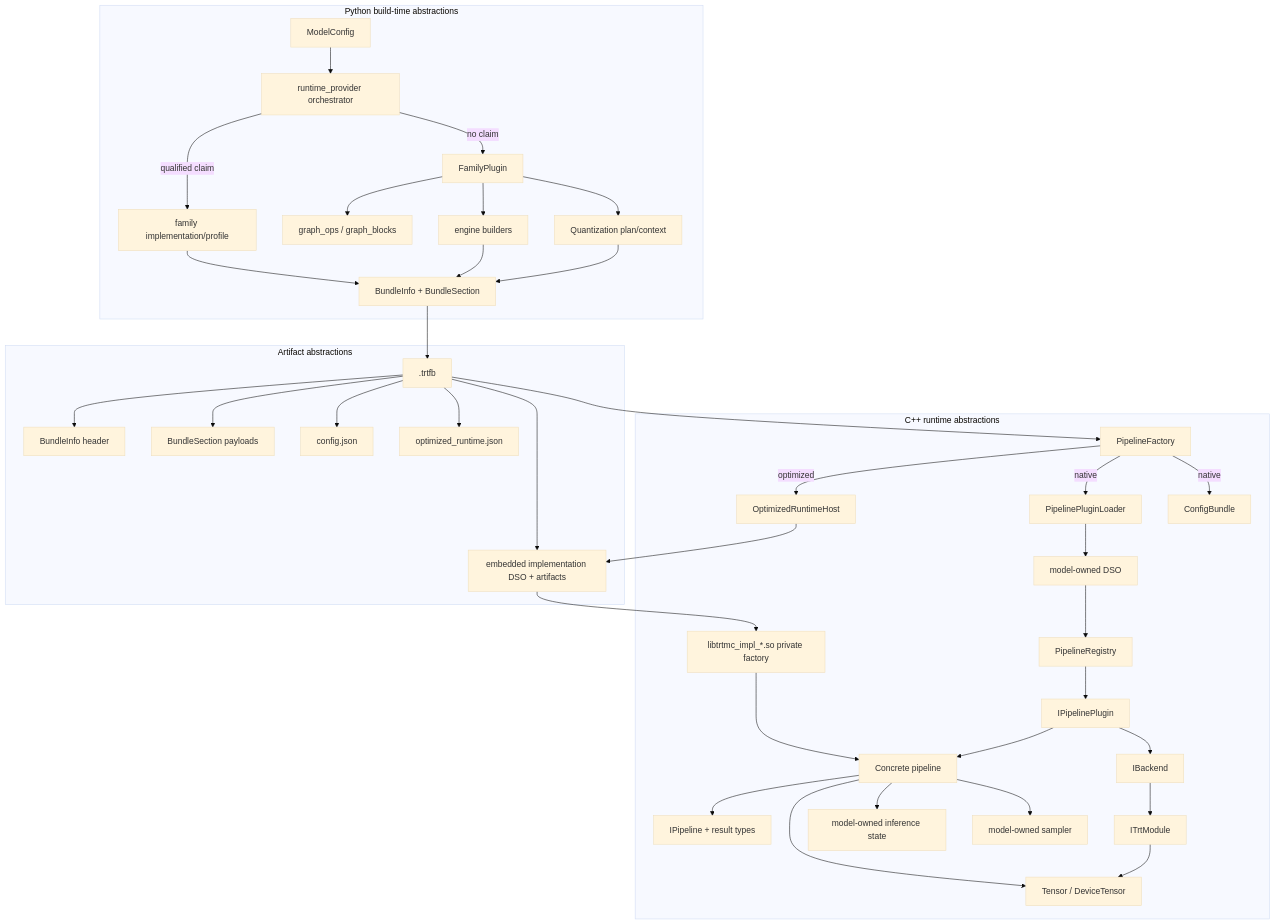
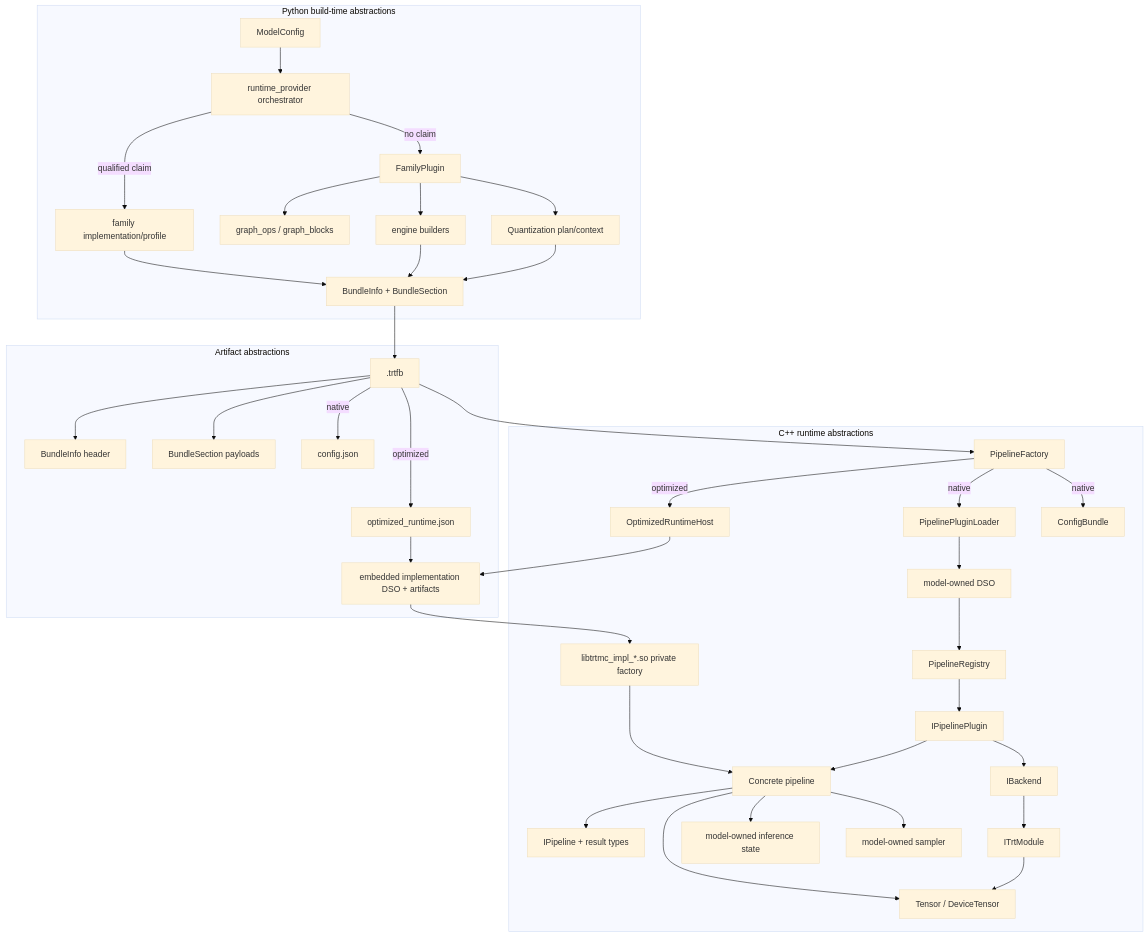
One commit to NVIDIA/TensorRT-Model-Connect changed the second of 4 diagrams in website/docs/unit-design/building-blocks.md. Above: the diagram before and after it, drawn with Mermaid (base theme). The commit also changed other lines of this file and 18 other files, not shown here.

````diff
--- a/website/docs/unit-design/building-blocks.md
+++ b/website/docs/unit-design/building-blocks.md
@@ -54,74 +55,74 @@
 ```mermaid
 flowchart TB
   subgraph Python["Python build-time abstractions"]
     ModelConfig["ModelConfig"]
     ProviderRoute["runtime_provider orchestrator"]
     ProviderAdapter["family implementation/profile"]
     FamilyPlugin["FamilyPlugin"]
     GraphOps["graph_ops / graph_blocks"]
     EngineBuilder["engine builders"]
     Quant["Quantization plan/context"]
     BundleWriter["BundleInfo + BundleSection"]
   end
 
   subgraph Artifact["Artifact abstractions"]
     Trtfb[".trtfb"]
     Header["BundleInfo header"]
     Section["BundleSection payloads"]
     ConfigJson["config.json"]
     OptimizedDescriptor["optimized_runtime.json"]
     EmbeddedArtifacts["embedded implementation DSO + artifacts"]
   end
 
   subgraph Cpp["C++ runtime abstractions"]
     API["IPipeline + result types"]
     Factory["PipelineFactory"]
     OptimizedHost["OptimizedRuntimeHost"]
     ImplDSO["libtrtmc_impl_*.so private factory"]
     Loader["PipelinePluginLoader"]
     ModelDSO["model-owned DSO"]
     Registry["PipelineRegistry"]
     Plugin["IPipelinePlugin"]
     Backend["IBackend"]
     Module["ITrtModule"]
     Pipeline["Concrete pipeline"]
     State["model-owned inference state"]
     Sampler["model-owned sampler"]
     Tensor["Tensor / DeviceTensor"]
     ConfigBundle["ConfigBundle"]
   end
 
   ModelConfig --> ProviderRoute
   ProviderRoute -->|qualified claim| ProviderAdapter
   ProviderAdapter --> BundleWriter
   ProviderRoute -->|no claim| FamilyPlugin
   FamilyPlugin --> GraphOps
   FamilyPlugin --> EngineBuilder
   FamilyPlugin --> Quant
   EngineBuilder --> BundleWriter
   Quant --> BundleWriter
   BundleWriter --> Trtfb
   Trtfb --> Header
   Trtfb --> Section
-  Trtfb --> ConfigJson
-  Trtfb --> OptimizedDescriptor
-  Trtfb --> EmbeddedArtifacts
+  Trtfb -->|native| ConfigJson
+  Trtfb -->|optimized| OptimizedDescriptor
+  OptimizedDescriptor --> EmbeddedArtifacts
   Trtfb --> Factory
   Factory -->|optimized| OptimizedHost
   OptimizedHost --> EmbeddedArtifacts
   EmbeddedArtifacts --> ImplDSO
   ImplDSO --> Pipeline
   Factory -->|native| ConfigBundle
   Factory -->|native| Loader
   Loader --> ModelDSO
   ModelDSO --> Registry
   Registry --> Plugin
   Plugin --> Backend
   Backend --> Module
   Plugin --> Pipeline
   Pipeline --> API
   Pipeline --> State
   Pipeline --> Sampler
   Pipeline --> Tensor
   Module --> Tensor
 ```
````
